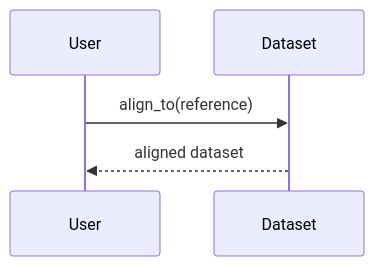
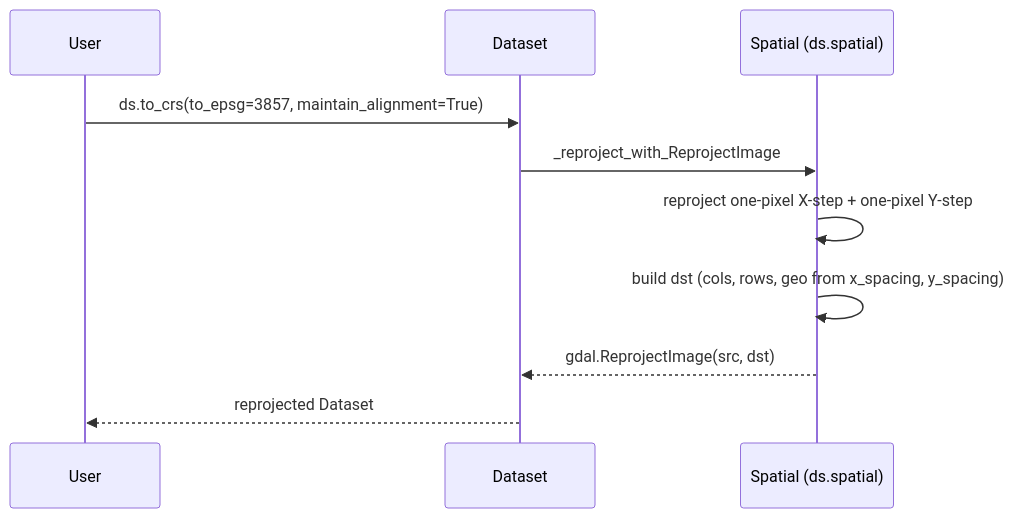
Before and after one commit to serapeum-org/pyramids: diagram 11 of 13 in docs/architecture/diagrams.md, drawn with Mermaid. The commit also changed other lines of this file and 3 other files, not shown here.

````diff
--- a/docs/architecture/diagrams.md
+++ b/docs/architecture/diagrams.md
@@ -130,7 +274,12 @@
 ```mermaid
 sequenceDiagram
   participant U as User
   participant DS as Dataset
-  U->>DS: align_to(reference)
-  DS-->>U: aligned dataset
+  participant SP as Spatial (ds.spatial)
+  U->>DS: ds.to_crs(to_epsg=3857, maintain_alignment=True)
+  DS->>SP: _reproject_with_ReprojectImage
+  SP->>SP: reproject one-pixel X-step + one-pixel Y-step
+  SP->>SP: build dst (cols, rows, geo from x_spacing, y_spacing)
+  SP-->>DS: gdal.ReprojectImage(src, dst)
+  DS-->>U: reprojected Dataset
 ```
````
